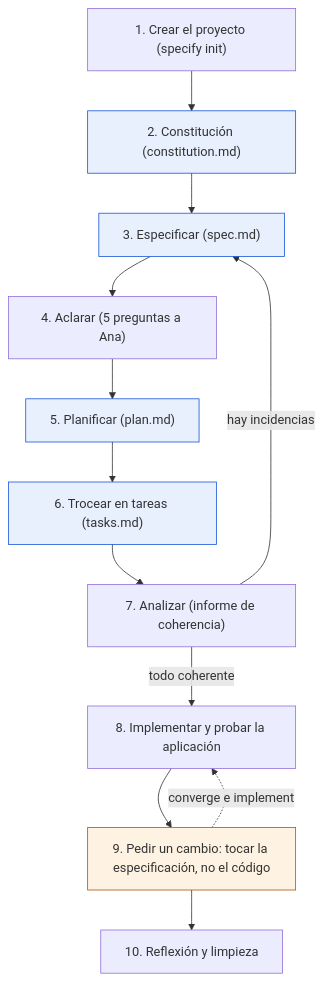
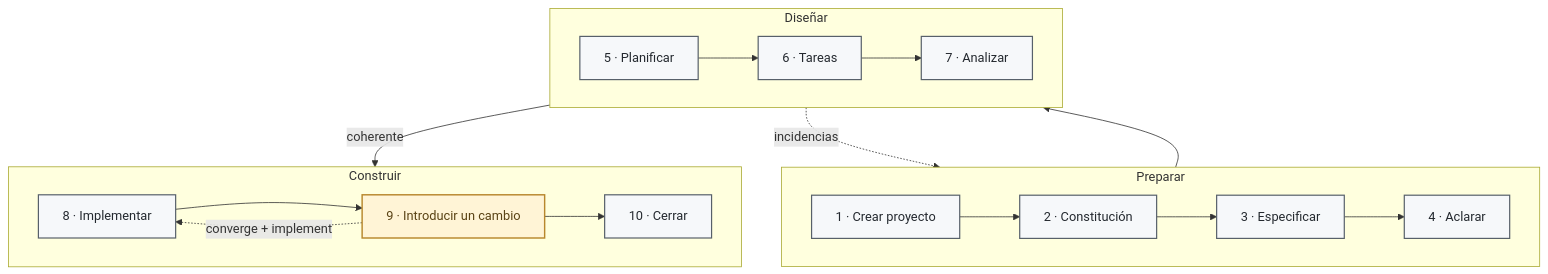
The diagram in ejercicios/03-reserva-salas-paso-a-paso.md (antroc/charla-sdd), drawn with Mermaid before and after one commit. The commit also changed 3 other files, not shown here.

Commit message:
Simplificar diagramas de los ejercicios avanzados

````diff
--- a/ejercicios/03-reserva-salas-paso-a-paso.md
+++ b/ejercicios/03-reserva-salas-paso-a-paso.md
@@ -43,18 +43,27 @@
 ```mermaid
-flowchart TD
-    p1["1. Crear el proyecto (specify init)"] --> p2["2. Constitución (constitution.md)"]
-    p2 --> p3["3. Especificar (spec.md)"]
-    p3 --> p4["4. Aclarar (5 preguntas a Ana)"]
-    p4 --> p5["5. Planificar (plan.md)"]
-    p5 --> p6["6. Trocear en tareas (tasks.md)"]
-    p6 --> p7["7. Analizar (informe de coherencia)"]
-    p7 -->|"hay incidencias"| p3
-    p7 -->|"todo coherente"| p8["8. Implementar y probar la aplicación"]
-    p8 --> p9["9. Pedir un cambio: tocar la especificación, no el código"]
-    p9 -.->|"converge e implement"| p8
-    p9 --> p10["10. Reflexión y limpieza"]
-    classDef artefacto fill:#E8F0FE,stroke:#1A56DB;
-    classDef clave fill:#FEF3E2,stroke:#B45309;
-    class p2,p3,p5,p6 artefacto;
-    class p9 clave;
+flowchart TB
+  subgraph preparar["Preparar"]
+    direction LR
+    p1["1 · Crear proyecto"] --> p2["2 · Constitución"] --> p3["3 · Especificar"] --> p4["4 · Aclarar"]
+  end
+
+  subgraph disenar["Diseñar"]
+    direction LR
+    p5["5 · Planificar"] --> p6["6 · Tareas"] --> p7["7 · Analizar"]
+  end
+
+  subgraph construir["Construir"]
+    direction LR
+    p8["8 · Implementar"] --> p9["9 · Introducir un cambio"] --> p10["10 · Cerrar"]
+  end
+
+  p4 --> p5
+  p7 -->|"coherente"| p8
+  p7 -.->|"incidencias"| p3
+  p9 -.->|"converge + implement"| p8
+
+  classDef step fill:#F6F8FA,stroke:#57606A,stroke-width:1.5px,color:#24292F;
+  classDef change fill:#FFF4D6,stroke:#B8872D,stroke-width:1.8px,color:#5A4315;
+  class p1,p2,p3,p4,p5,p6,p7,p8,p10 step;
+  class p9 change;
 ```
````
